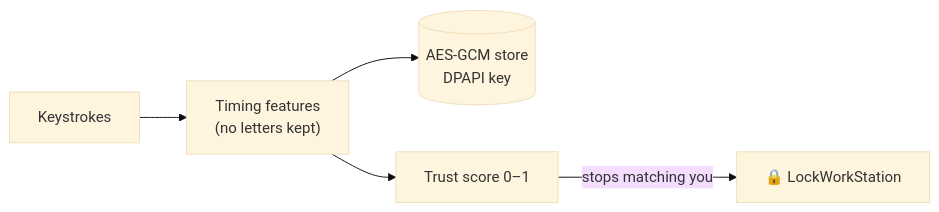
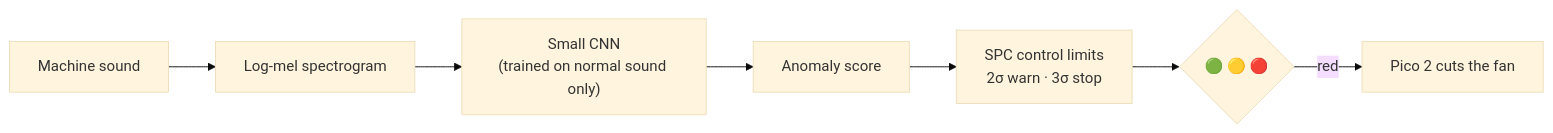
Before and after one commit to abtinmbm/abtinmbm: the diagram in README.md, drawn with Mermaid (base theme). The commit also changed other lines of this file and 3 other files, not shown here.

````diff
--- a/README.md
+++ b/README.md
@@ -20,7 +19,9 @@
 ```mermaid
 flowchart LR
-    K[Keystrokes] --> F["Timing features<br/>(no letters kept)"]
-    F --> S[(AES-GCM store<br/>DPAPI key)]
-    F --> T[Trust score 0–1]
-    T -->|stops matching you| L[🔒 LockWorkStation]
+    A[Machine sound] --> B["Log-mel spectrogram"]
+    B --> C["Small CNN<br/>(trained on normal sound only)"]
+    C --> D[Anomaly score]
+    D --> E["SPC control limits<br/>2σ warn · 3σ stop"]
+    E --> F{"🟢 🟡 🔴"}
+    F -->|red| G["Pico 2 cuts the fan"]
 ```
````
